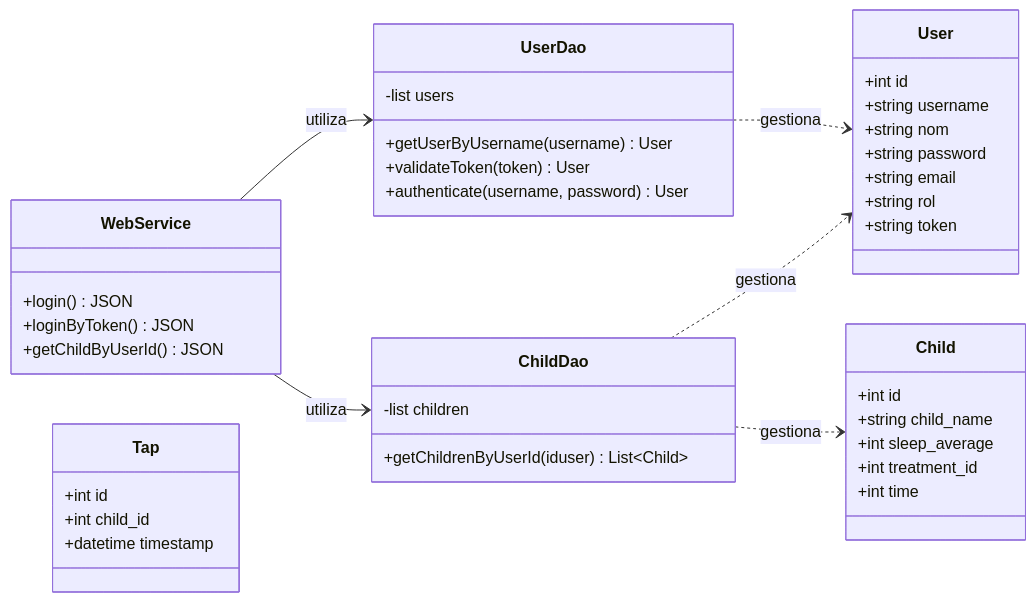
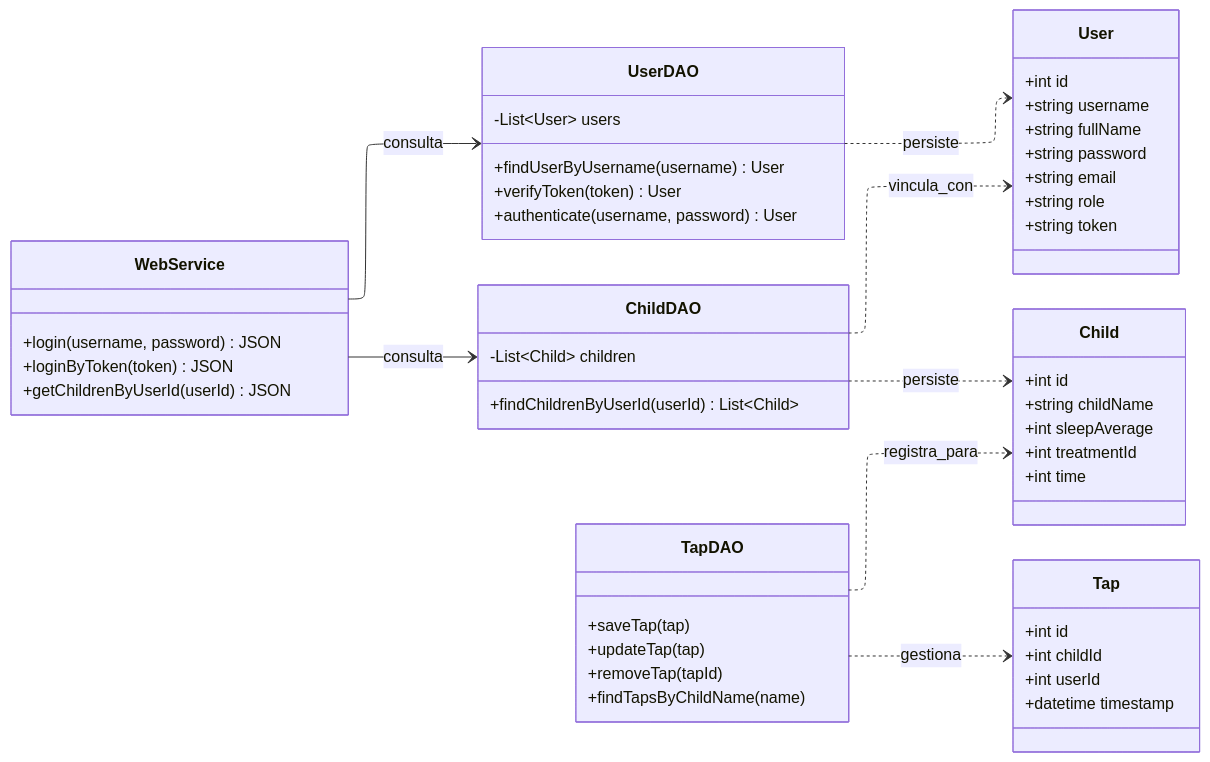
Before and after one commit to klyvo/ENTORNOSDEDESARROLLO: the diagram in charts/diagramaPrototip2.mermaid, drawn with Mermaid.

Commit message:
Refactor class diagram and update method names

```diff
--- a/charts/diagramaPrototip2.mermaid
+++ b/charts/diagramaPrototip2.mermaid
@@ -1,49 +1,63 @@
+---
+config:
+  layout: elk
+---
 classDiagram
 direction LR
     class WebService {
-	    +login() JSON
-	    +loginByToken() JSON
-	    +getChildByUserId() JSON
+	    +login(username, password) JSON
+	    +loginByToken(token) JSON
+	    +getChildrenByUserId(userId) JSON
+    }
+
+    class UserDAO {
+	    -List~User~ users
+	    +findUserByUsername(username) User
+	    +verifyToken(token) User
+	    +authenticate(username, password) User
+    }
+
+    class ChildDAO {
+	    -List~Child~ children
+	    +findChildrenByUserId(userId) List~Child~
+    }
+
+    class TapDAO {
+	    +saveTap(tap)
+	    +updateTap(tap)
+	    +removeTap(tapId)
+	    +findTapsByChildName(name)
     }
 
     class User {
 	    +int id
 	    +string username
-	    +string nom
+	    +string fullName
 	    +string password
 	    +string email
-	    +string rol
+	    +string role
 	    +string token
     }
 
     class Child {
 	    +int id
-	    +string child_name
-	    +int sleep_average
-	    +int treatment_id
+	    +string childName
+	    +int sleepAverage
+	    +int treatmentId
 	    +int time
     }
 
     class Tap {
 	    +int id
-	    +int child_id
+	    +int childId
+	    +int userId
 	    +datetime timestamp
     }
 
-    class UserDao {
-	    -list users
-	    +getUserByUsername(username) User
-	    +validateToken(token) User
-	    +authenticate(username, password) User
-    }
-
-    class ChildDao {
-	    -list children
-	    +getChildrenByUserId(iduser) List~Child~
-    }
-
-    WebService --> UserDao : utiliza
-    WebService --> ChildDao : utiliza
-    UserDao ..> User : gestiona
-    ChildDao ..> Child : gestiona
-    ChildDao ..> User : gestiona
+    WebService --> UserDAO : consulta
+    WebService --> ChildDAO : consulta
+    UserDAO ..> User : persiste
+    ChildDAO ..> Child : persiste
+    ChildDAO ..> User : vincula_con
+    TapDAO ..> Tap : gestiona
+    TapDAO ..> Child : registra_para
```
